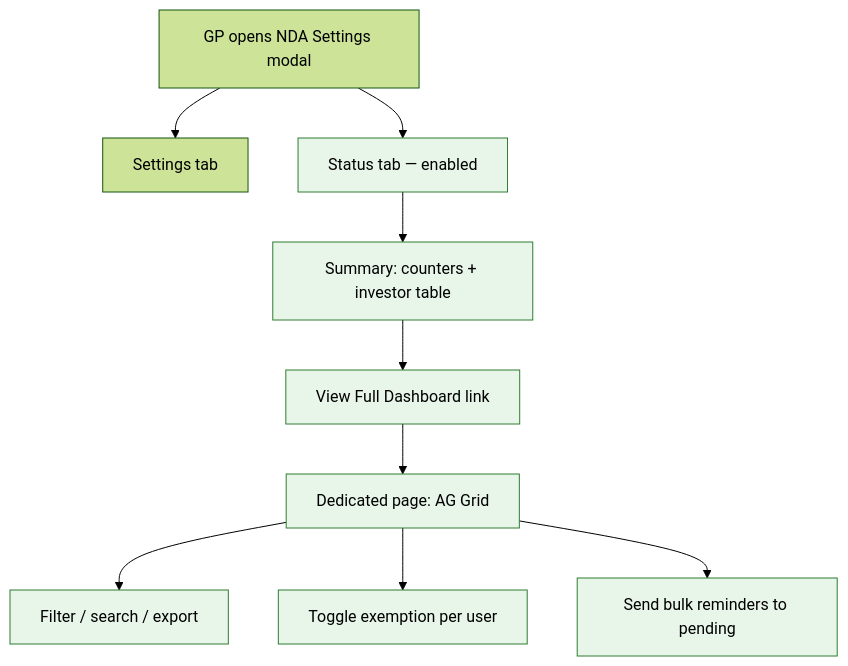
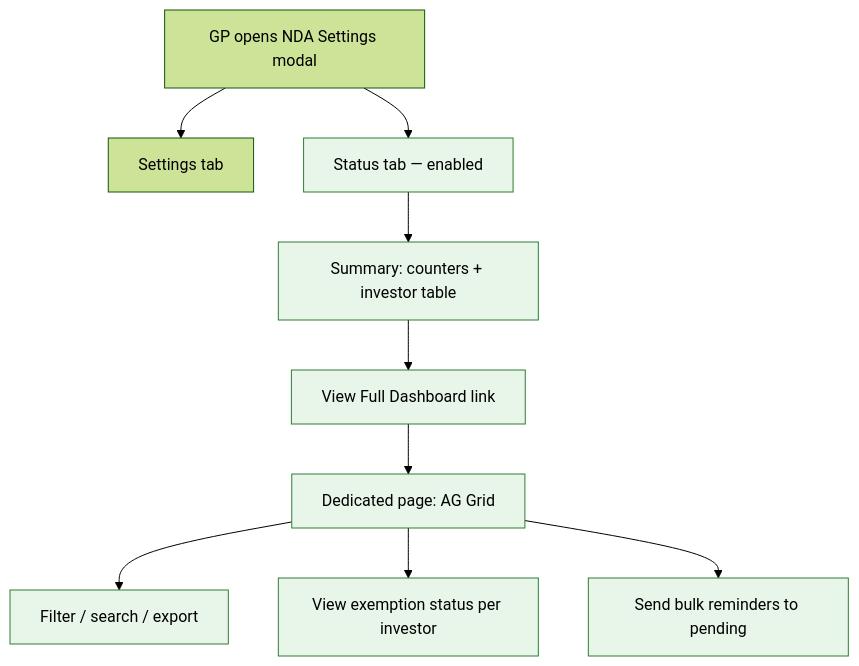
The second of 3 diagrams in openspec/changes/nda-data-room-module-3-gp-dashboard/proposal.md (sampadadiwan/IRM_CompanyMain), drawn with Mermaid (forest theme) before and after one commit. The commit also changed other lines of this file and 22 other files, not shown here.

````diff
--- a/openspec/changes/nda-data-room-module-3-gp-dashboard/proposal.md
+++ b/openspec/changes/nda-data-room-module-3-gp-dashboard/proposal.md
@@ -38,13 +38,13 @@
 ```mermaid
 flowchart TD
     A["GP opens NDA Settings modal"] --> B["Settings tab"]
     A --> C["Status tab — enabled"]
     C --> D["Summary: counters + investor table"]
     D --> E["View Full Dashboard link"]
     E --> F["Dedicated page: AG Grid"]
     F --> G["Filter / search / export"]
-    F --> H["Toggle exemption per user"]
+    F --> H["View exemption status per investor"]
     F --> I["Send bulk reminders to pending"]
     classDef new fill:#e8f5e9,stroke:#2e7d32,color:#000
     class C,D,E,F,G,H,I new
 ```
````
